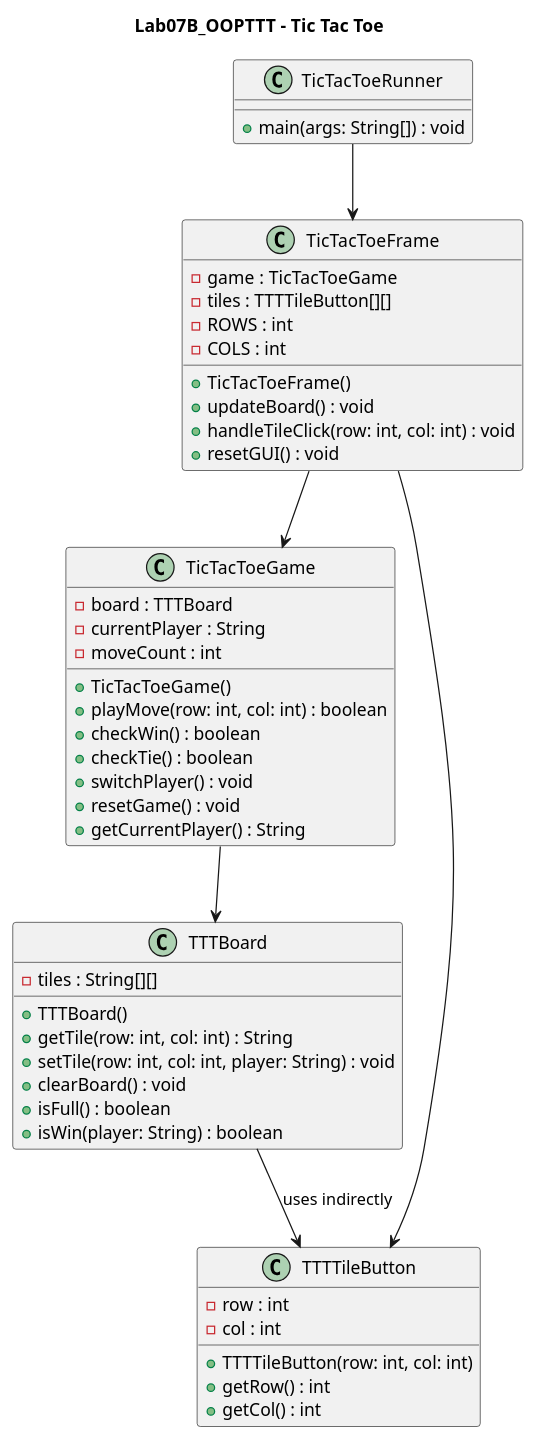
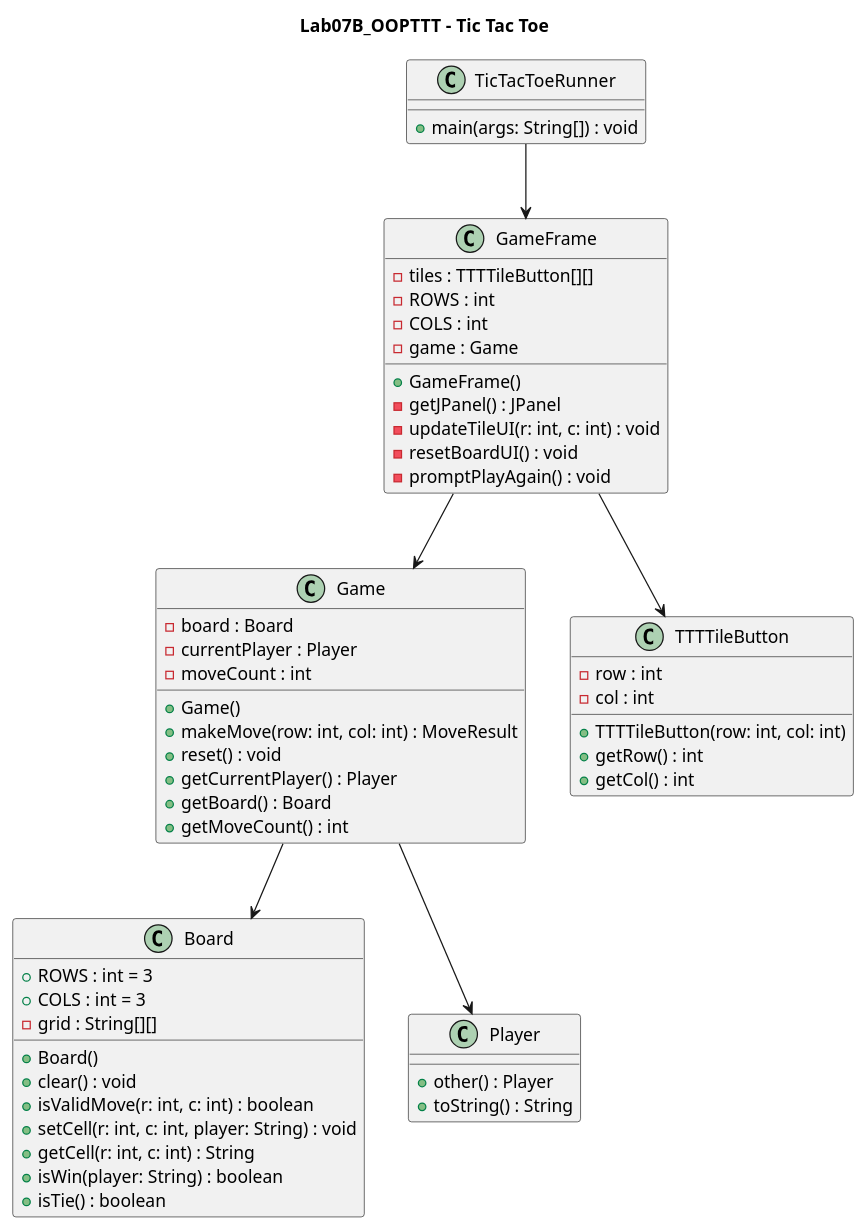
One commit to masonkreitzer/Lab07B_OOPTTT changed the diagram in src/diagram.uml.puml. Above: the diagram before and after it, drawn with PlantUML. The commit also changed 1 other file, not shown here.

Commit message:
Made changes to UML diagram.

```diff
--- a/src/diagram.uml.puml
+++ b/src/diagram.uml.puml
@@ -1,62 +1,64 @@
 @startuml
 title Lab07B_OOPTTT - Tic Tac Toe
 
-' Class: TicTacToeRunner
 class TicTacToeRunner {
-    + main(args: String[]) : void
+  + main(args: String[]) : void
 }
 
-' Class: TicTacToeGame
-class TicTacToeGame {
-    - board : TTTBoard
-    - currentPlayer : String
-    - moveCount : int
-    + TicTacToeGame()
-    + playMove(row: int, col: int) : boolean
-    + checkWin() : boolean
-    + checkTie() : boolean
-    + switchPlayer() : void
-    + resetGame() : void
-    + getCurrentPlayer() : String
+class GameFrame {
+  - tiles : TTTTileButton[][]
+  - ROWS : int
+  - COLS : int
+  - game : Game
+  + GameFrame()
+  - getJPanel() : JPanel
+  - updateTileUI(r: int, c: int) : void
+  - resetBoardUI() : void
+  - promptPlayAgain() : void
 }
 
-' Class: TTTBoard
-class TTTBoard {
-    - tiles : String[][]
-    + TTTBoard()
-    + getTile(row: int, col: int) : String
-    + setTile(row: int, col: int, player: String) : void
-    + clearBoard() : void
-    + isFull() : boolean
-    + isWin(player: String) : boolean
+class Game {
+  - board : Board
+  - currentPlayer : Player
+  - moveCount : int
+  + Game()
+  + makeMove(row: int, col: int) : MoveResult
+  + reset() : void
+  + getCurrentPlayer() : Player
+  + getBoard() : Board
+  + getMoveCount() : int
 }
 
-' Class: TicTacToeFrame
-class TicTacToeFrame {
-    - game : TicTacToeGame
-    - tiles : TTTTileButton[][]
-    - ROWS : int
-    - COLS : int
-    + TicTacToeFrame()
-    + updateBoard() : void
-    + handleTileClick(row: int, col: int) : void
-    + resetGUI() : void
+class Board {
+  + ROWS : int = 3
+  + COLS : int = 3
+  - grid : String[][]
+  + Board()
+  + clear() : void
+  + isValidMove(r: int, c: int) : boolean
+  + setCell(r: int, c: int, player: String) : void
+  + getCell(r: int, c: int) : String
+  + isWin(player: String) : boolean
+  + isTie() : boolean
 }
 
-' Class: TTTTileButton
-class TTTTileButton {
-    - row : int
-    - col : int
-    + TTTTileButton(row: int, col: int)
-    + getRow() : int
-    + getCol() : int
+class Player {
+  + other() : Player
+  + toString() : String
 }
 
-' Relationships
-TicTacToeRunner --> TicTacToeFrame
-TicTacToeFrame --> TicTacToeGame
-TicTacToeGame --> TTTBoard
-TicTacToeFrame --> TTTTileButton
-TTTBoard --> TTTTileButton : uses indirectly
+class TTTTileButton {
+  - row : int
+  - col : int
+  + TTTTileButton(row: int, col: int)
+  + getRow() : int
+  + getCol() : int
+}
+
+TicTacToeRunner --> GameFrame
+GameFrame --> Game
+Game --> Board
+Game --> Player
+GameFrame --> TTTTileButton
 
 @enduml
```
